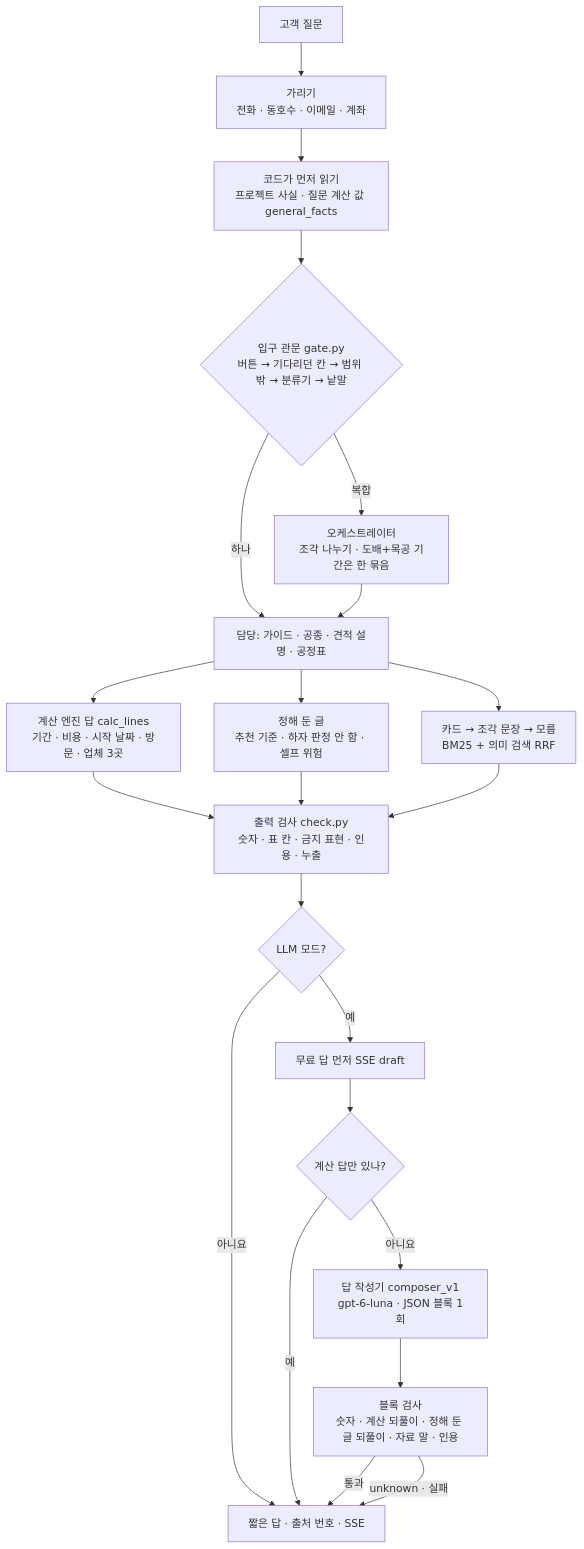
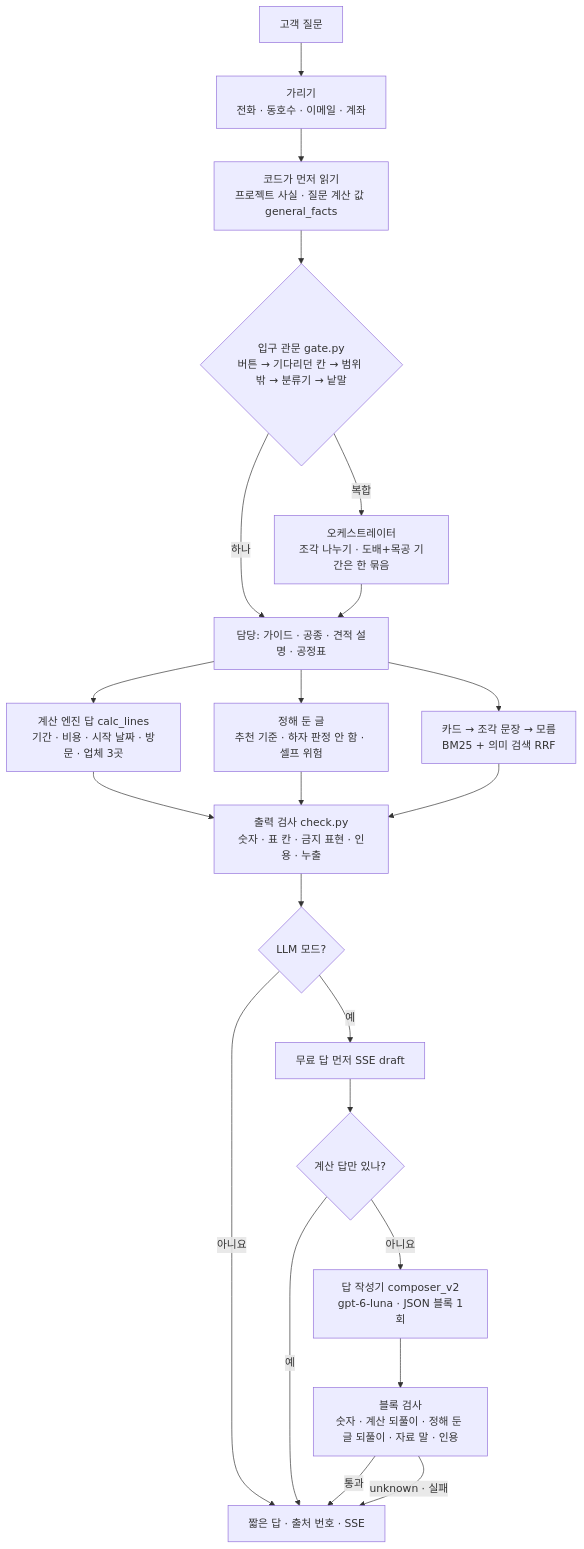
The diagram in docs/v3/agent-answer-format.md (lsm15111/SKN34-FINAL-1TEAM), drawn with Mermaid before and after one commit. The commit also changed other lines of this file and 5 other files, not shown here.

````diff
--- a/docs/v3/agent-answer-format.md
+++ b/docs/v3/agent-answer-format.md
@@ -19,22 +19,22 @@
 ```mermaid
 flowchart TD
   Q[고객 질문] --> M[가리기<br/>전화 · 동호수 · 이메일 · 계좌]
   M --> F[코드가 먼저 읽기<br/>프로젝트 사실 · 질문 계산 값 general_facts]
   F --> G{입구 관문 gate.py<br/>버튼 → 기다리던 칸 → 범위 밖 → 분류기 → 낱말}
   G -->|하나| A[담당: 가이드 · 공종 · 견적 설명 · 공정표]
   G -->|복합| O[오케스트레이터<br/>조각 나누기 · 도배+목공 기간은 한 묶음]
   O --> A
   A --> C1[계산 엔진 답 calc_lines<br/>기간 · 비용 · 시작 날짜 · 방문 · 업체 3곳]
   A --> C2[정해 둔 글<br/>추천 기준 · 하자 판정 안 함 · 셀프 위험]
   A --> C3[카드 → 조각 문장 → 모름<br/>BM25 + 의미 검색 RRF]
   C1 & C2 & C3 --> K[출력 검사 check.py<br/>숫자 · 표 칸 · 금지 표현 · 인용 · 누출]
   K --> MODE{LLM 모드?}
   MODE -->|아니요| OUT[짧은 답 · 출처 번호 · SSE]
   MODE -->|예| D[무료 답 먼저 SSE draft]
   D --> W{계산 답만 있나?}
   W -->|예| OUT
-  W -->|아니요| L[답 작성기 composer_v1<br/>gpt-6-luna · JSON 블록 1회]
+  W -->|아니요| L[답 작성기 composer_v2<br/>gpt-6-luna · JSON 블록 1회]
   L --> K2[블록 검사<br/>숫자 · 계산 되풀이 · 정해 둔 글 되풀이 · 자료 말 · 인용]
   K2 -->|통과| OUT
   K2 -->|unknown · 실패| OUT
 ```
````
